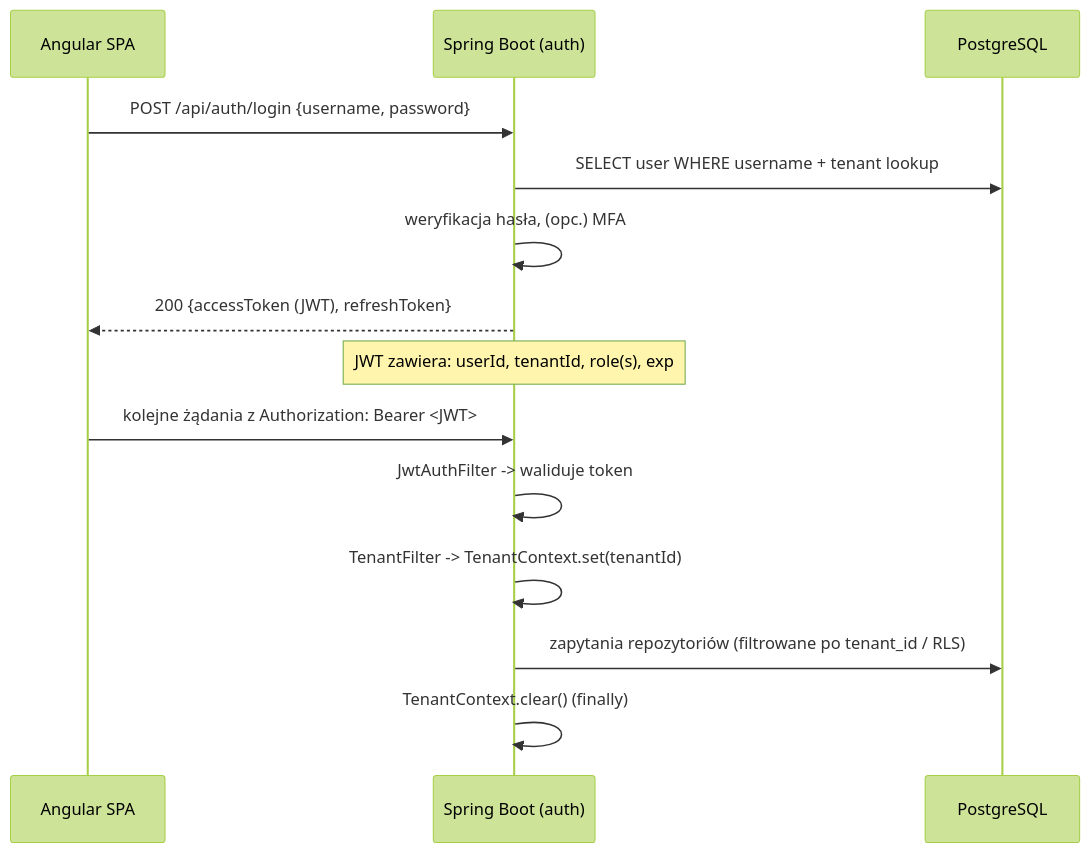
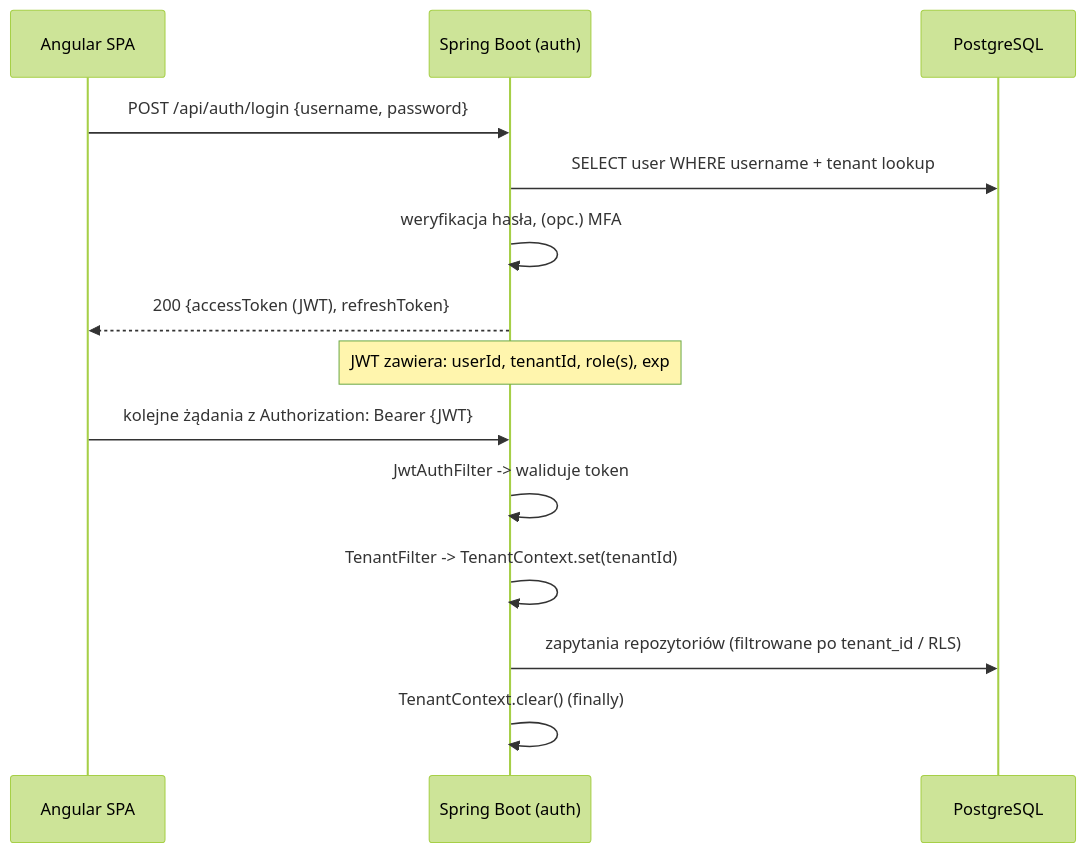
Before and after one commit to gawlik81/contact-center-demo: the first of 10 diagrams in documentation/tech/07-data-flows.md, drawn with Mermaid (forest theme). The commit also changed 9 other files, not shown here.

First line of the commit message:
docs: dodaj dokumentację integracji Twilio, napraw błędy składni mermaid

````diff
--- a/documentation/tech/07-data-flows.md
+++ b/documentation/tech/07-data-flows.md
@@ -5,18 +5,18 @@
 ```mermaid
 sequenceDiagram
     participant FE as Angular SPA
     participant API as Spring Boot (auth)
     participant DB as PostgreSQL
 
     FE->>API: POST /api/auth/login {username, password}
     API->>DB: SELECT user WHERE username + tenant lookup
     API->>API: weryfikacja hasła, (opc.) MFA
     API-->>FE: 200 {accessToken (JWT), refreshToken}
     Note over API: JWT zawiera: userId, tenantId, role(s), exp
 
-    FE->>API: kolejne żądania z Authorization: Bearer <JWT>
+    FE->>API: kolejne żądania z Authorization: Bearer {JWT}
     API->>API: JwtAuthFilter -> waliduje token
     API->>API: TenantFilter -> TenantContext.set(tenantId)
     API->>DB: zapytania repozytoriów (filtrowane po tenant_id / RLS)
     API->>API: TenantContext.clear() (finally)
 ```
````
